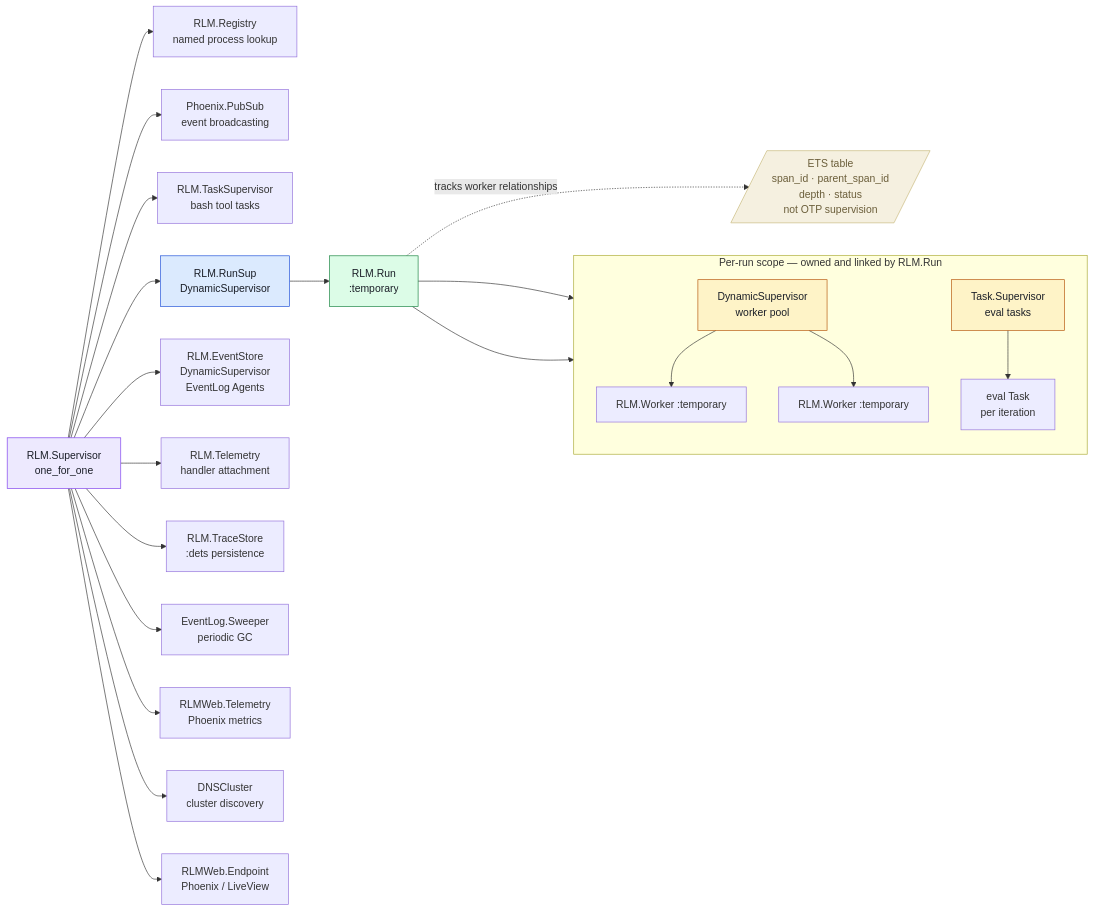
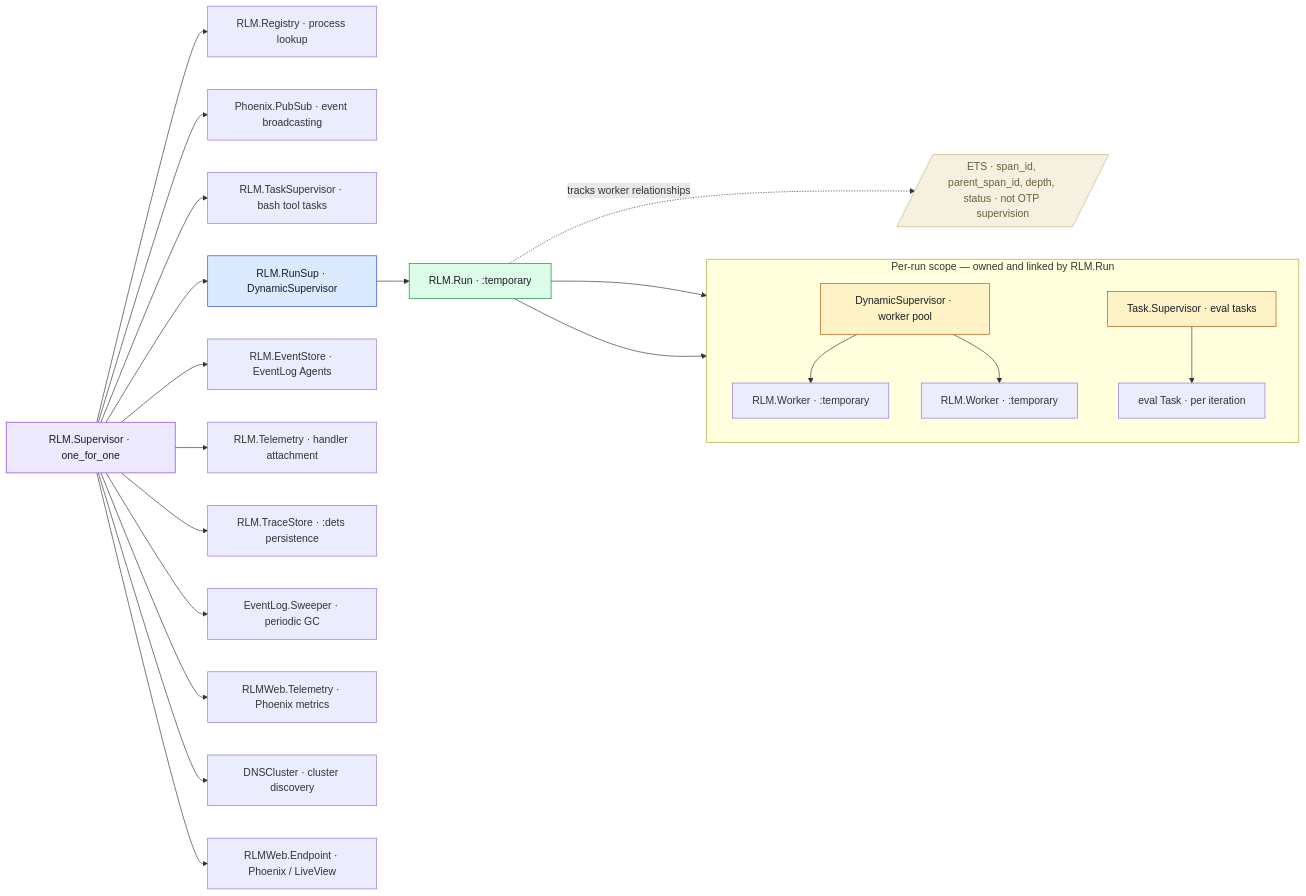
One commit to errantsky/exrlm changed the second of 2 diagrams in README.md. Above: the diagram before and after it, drawn with Mermaid.

Commit message:
docs: remove \n from supervision diagram node labels
Replace all \n escape sequences in Mermaid node labels with · separator
on a single line, as the renderer displays \n as literal text rather
than a newline.

https://claude.ai/code/session_01FXHPnRyLyHkzDaoNT7Tfgj

````diff
--- a/README.md
+++ b/README.md
@@ -167,40 +167,40 @@
 ```mermaid
 graph LR
-    SUP["RLM.Supervisor\none_for_one"]
+    SUP["RLM.Supervisor · one_for_one"]
 
-    SUP --> REG["RLM.Registry\nnamed process lookup"]
-    SUP --> PS["Phoenix.PubSub\nevent broadcasting"]
-    SUP --> TS["RLM.TaskSupervisor\nbash tool tasks"]
-    SUP --> RUNSUP["RLM.RunSup\nDynamicSupervisor"]
-    SUP --> ES["RLM.EventStore\nDynamicSupervisor\nEventLog Agents"]
-    SUP --> TEL["RLM.Telemetry\nhandler attachment"]
-    SUP --> TRACE["RLM.TraceStore\n:dets persistence"]
-    SUP --> SWEEP["EventLog.Sweeper\nperiodic GC"]
-    SUP --> WEBTEL["RLMWeb.Telemetry\nPhoenix metrics"]
-    SUP --> DNS["DNSCluster\ncluster discovery"]
-    SUP --> EP["RLMWeb.Endpoint\nPhoenix / LiveView"]
+    SUP --> REG["RLM.Registry · process lookup"]
+    SUP --> PS["Phoenix.PubSub · event broadcasting"]
+    SUP --> TS["RLM.TaskSupervisor · bash tool tasks"]
+    SUP --> RUNSUP["RLM.RunSup · DynamicSupervisor"]
+    SUP --> ES["RLM.EventStore · EventLog Agents"]
+    SUP --> TEL["RLM.Telemetry · handler attachment"]
+    SUP --> TRACE["RLM.TraceStore · :dets persistence"]
+    SUP --> SWEEP["EventLog.Sweeper · periodic GC"]
+    SUP --> WEBTEL["RLMWeb.Telemetry · Phoenix metrics"]
+    SUP --> DNS["DNSCluster · cluster discovery"]
+    SUP --> EP["RLMWeb.Endpoint · Phoenix / LiveView"]
 
-    RUNSUP --> RUN["RLM.Run\n:temporary"]
+    RUNSUP --> RUN["RLM.Run · :temporary"]
 
     subgraph RunScope["Per-run scope — owned and linked by RLM.Run"]
         direction TB
-        WD["DynamicSupervisor\nworker pool"]
-        EVALSUP["Task.Supervisor\neval tasks"]
-        WD --> W1["RLM.Worker :temporary"]
-        WD --> W2["RLM.Worker :temporary"]
-        EVALSUP --> ET["eval Task\nper iteration"]
+        WD["DynamicSupervisor · worker pool"]
+        EVALSUP["Task.Supervisor · eval tasks"]
+        WD --> W1["RLM.Worker · :temporary"]
+        WD --> W2["RLM.Worker · :temporary"]
+        EVALSUP --> ET["eval Task · per iteration"]
     end
 
     RUN --> WD
     RUN --> EVALSUP
 
-    ETS[/"ETS table\nspan_id · parent_span_id\ndepth · status\nnot OTP supervision"/]
+    ETS[/"ETS · span_id, parent_span_id, depth, status · not OTP supervision"/]
     RUN -. "tracks worker relationships" .-> ETS
 
     style SUP fill:#ede9fe,stroke:#7c3aed,color:#1a1e27
     style RUNSUP fill:#dbeafe,stroke:#1d4ed8,color:#1a1e27
     style RUN fill:#dcfce7,stroke:#15803d,color:#1a1e27
     style WD fill:#fef3c7,stroke:#b45309,color:#1a1e27
     style EVALSUP fill:#fef3c7,stroke:#b45309,color:#1a1e27
     style ETS fill:#f5f0e0,stroke:#c8b87a,color:#6b5e3a
 ```
````
